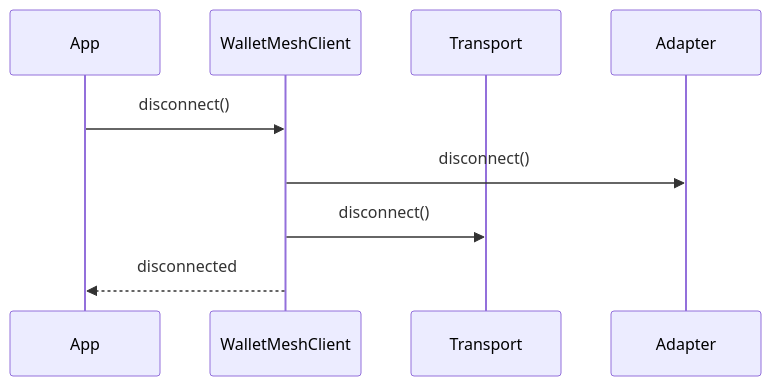
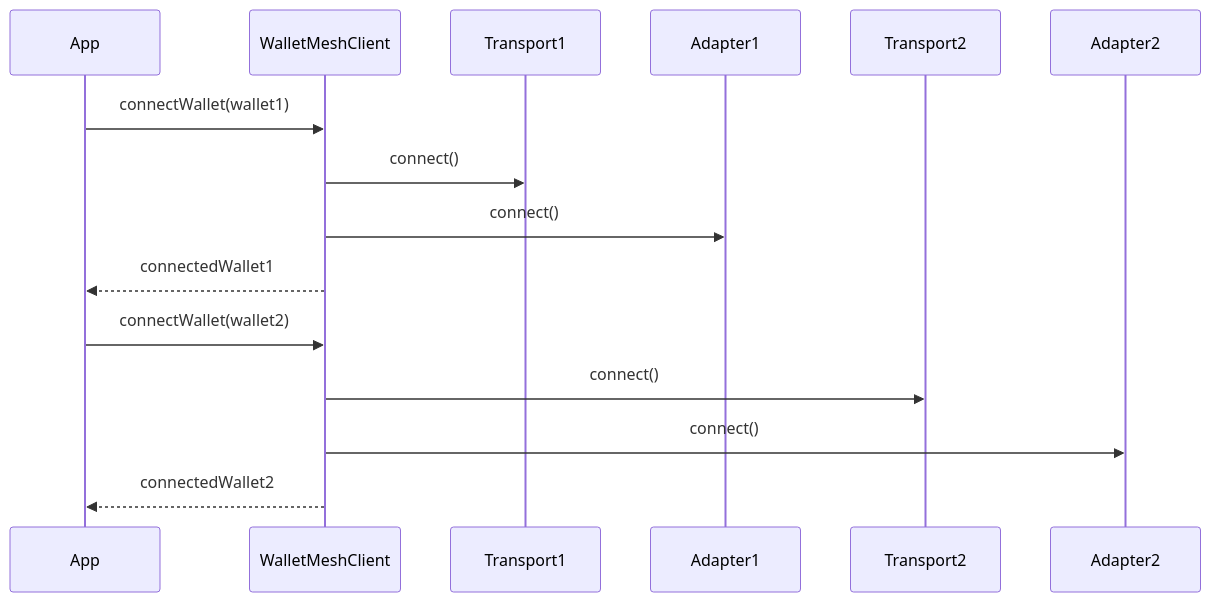
One commit to WalletMesh/walletmesh-packages changed the third of 3 diagrams in core/modal/README.md. Above: the diagram before and after it, drawn with Mermaid. The commit also changed other lines of this file and 2 other files, not shown here.

Commit message:
Refactor for updated WalletInfo interface

````diff
--- a/core/modal/README.md
+++ b/core/modal/README.md
@@ -84,12 +105,19 @@
 ```mermaid
 sequenceDiagram
     participant App
     participant WalletMeshClient
-    participant Transport
-    participant Adapter
+    participant Transport1
+    participant Adapter1
+    participant Transport2
+    participant Adapter2
 
-    App->>WalletMeshClient: disconnect()
-    WalletMeshClient->>Adapter: disconnect()
-    WalletMeshClient->>Transport: disconnect()
-    WalletMeshClient-->>App: disconnected
+    App->>WalletMeshClient: connectWallet(wallet1)
+    WalletMeshClient->>Transport1: connect()
+    WalletMeshClient->>Adapter1: connect()
+    WalletMeshClient-->>App: connectedWallet1
+    
+    App->>WalletMeshClient: connectWallet(wallet2)
+    WalletMeshClient->>Transport2: connect()
+    WalletMeshClient->>Adapter2: connect()
+    WalletMeshClient-->>App: connectedWallet2
 ```
````
